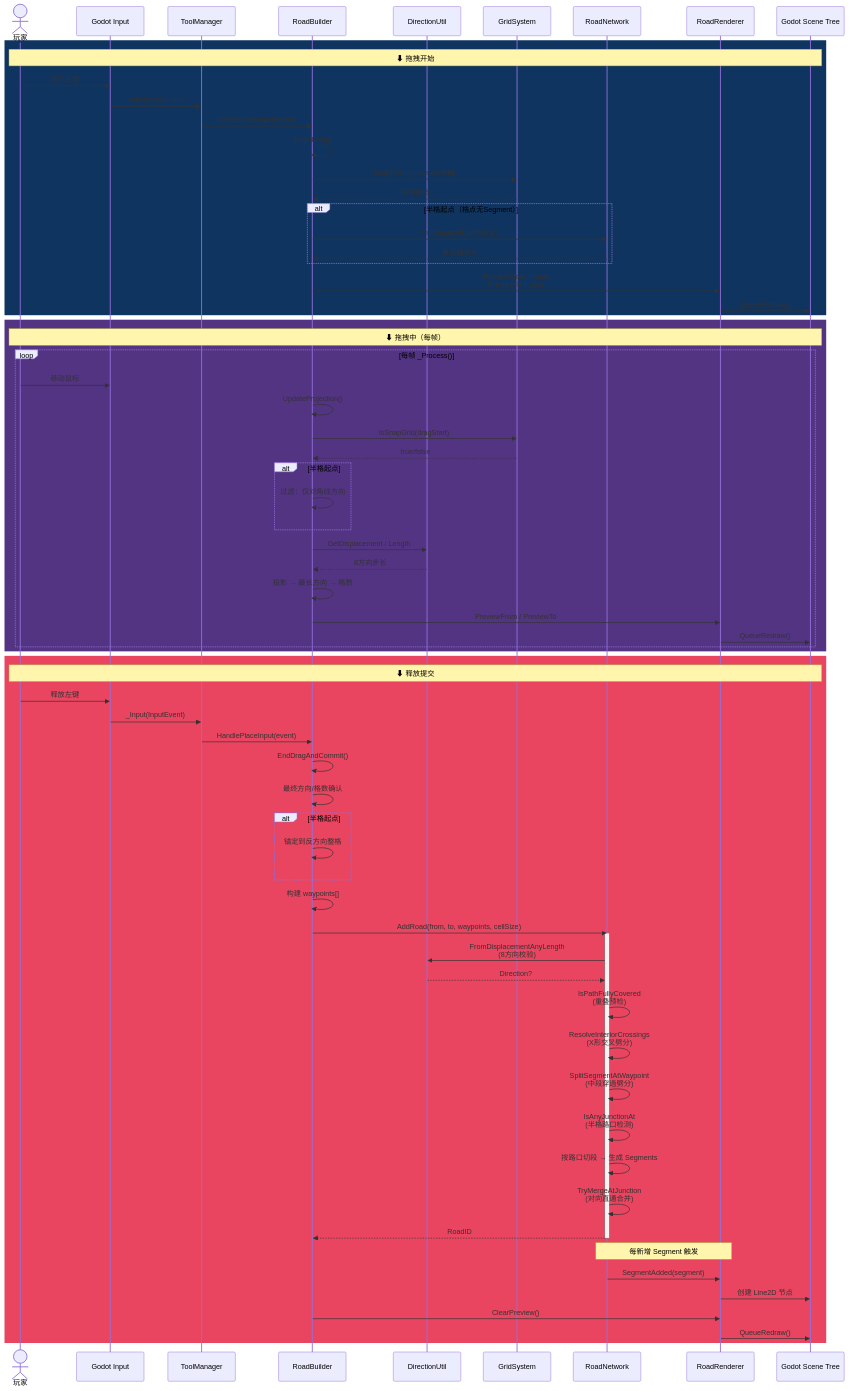
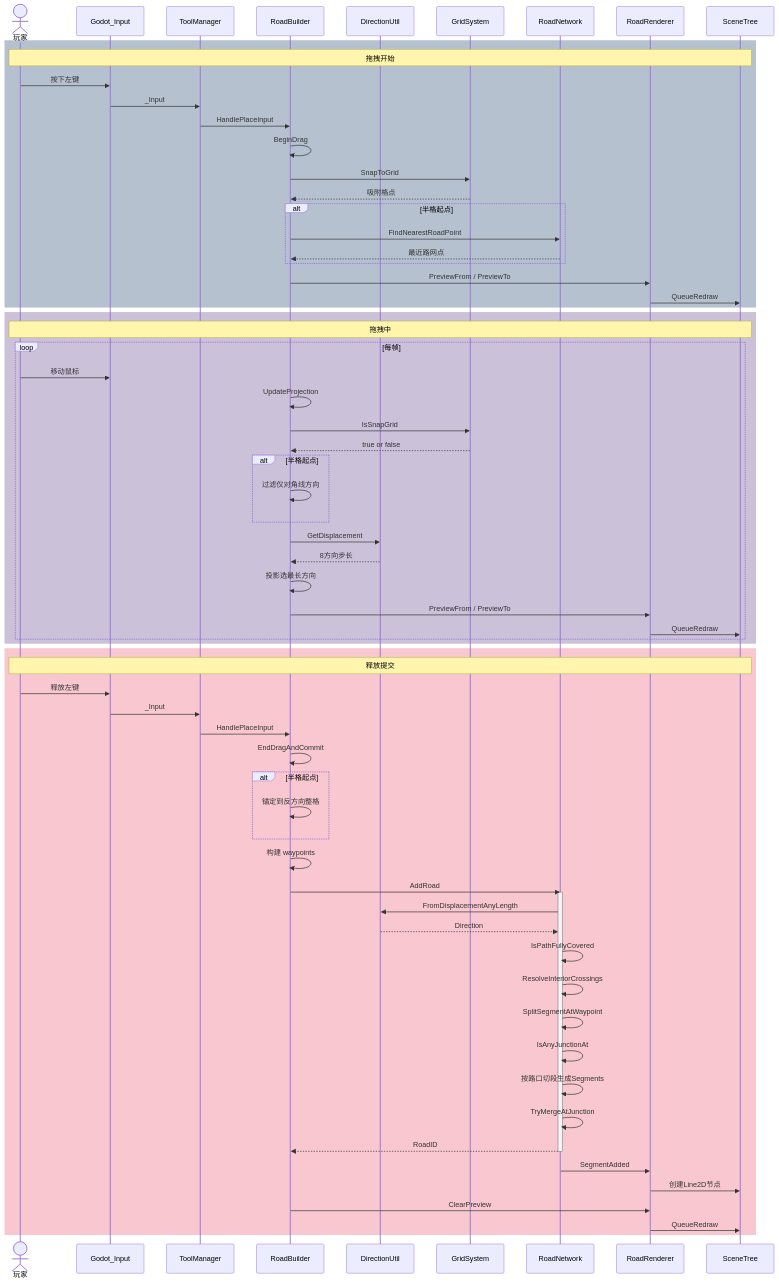
Before and after one commit to xianfishyu/SimpleCities: the second of 9 diagrams in docs/game-logic.md, drawn with Mermaid. The commit also changed other lines of this file, not shown here.

First line of the commit message:
#修复：mermaid语法修复 - 图2/3/5/7

````diff
--- a/docs/game-logic.md
+++ b/docs/game-logic.md
@@ -78,76 +78,74 @@
 ```mermaid
 sequenceDiagram
     actor User as 玩家
-    participant Input as Godot Input
+    participant Input as Godot_Input
     participant TM as ToolManager
     participant RB as RoadBuilder
     participant RU as DirectionUtil
     participant GS as GridSystem
     participant RN as RoadNetwork
     participant RR as RoadRenderer
-    participant Scene as Godot Scene Tree
+    participant Scene as SceneTree
 
-    rect rgb(15, 52, 96)
-        Note over User,Scene: ⬇ 拖拽开始
+    rect rgba(15, 52, 96, 0.3)
+        Note over User,Scene: 拖拽开始
         User->>Input: 按下左键
-        Input->>TM: _Input(InputEvent)
-        TM->>RB: HandlePlaceInput(event)
-        RB->>RB: BeginDrag()
-        RB->>GS: SnapToGrid(mouseWorld)
+        Input->>TM: _Input
+        TM->>RB: HandlePlaceInput
+        RB->>RB: BeginDrag
+        RB->>GS: SnapToGrid
         GS-->>RB: 吸附格点
-        alt 半格起点（格点无Segment）
-            RB->>RN: FindNearestRoadPoint()
+        alt 半格起点
+            RB->>RN: FindNearestRoadPoint
             RN-->>RB: 最近路网点
         end
-        RB->>RR: PreviewFrom = start<br/>PreviewTo = start
-        RR->>Scene: QueueRedraw()
+        RB->>RR: PreviewFrom / PreviewTo
+        RR->>Scene: QueueRedraw
     end
 
-    rect rgb(83, 52, 131)
-        Note over User,Scene: ⬇ 拖拽中（每帧）
-        loop 每帧 _Process()
+    rect rgba(83, 52, 131, 0.3)
+        Note over User,Scene: 拖拽中
+        loop 每帧
             User->>Input: 移动鼠标
-            RB->>RB: UpdateProjection()
-            RB->>GS: IsSnapGrid(dragStart)
-            GS-->>RB: true/false
+            RB->>RB: UpdateProjection
+            RB->>GS: IsSnapGrid
+            GS-->>RB: true or false
             alt 半格起点
-                RB->>RB: 过滤：仅对角线方向
+                RB->>RB: 过滤仅对角线方向
             end
-            RB->>RU: GetDisplacement / Length
+            RB->>RU: GetDisplacement
             RU-->>RB: 8方向步长
-            RB->>RB: 投影 → 最长方向 → 格数
+            RB->>RB: 投影选最长方向
             RB->>RR: PreviewFrom / PreviewTo
-            RR->>Scene: QueueRedraw()
+            RR->>Scene: QueueRedraw
         end
     end
 
-    rect rgb(233, 69, 96)
-        Note over User,Scene: ⬇ 释放提交
+    rect rgba(233, 69, 96, 0.3)
+        Note over User,Scene: 释放提交
         User->>Input: 释放左键
-        Input->>TM: _Input(InputEvent)
-        TM->>RB: HandlePlaceInput(event)
-        RB->>RB: EndDragAndCommit()
-        RB->>RB: 最终方向/格数确认
+        Input->>TM: _Input
+        TM->>RB: HandlePlaceInput
+        RB->>RB: EndDragAndCommit
         alt 半格起点
             RB->>RB: 锚定到反方向整格
         end
-        RB->>RB: 构建 waypoints[]
-        RB->>RN: AddRoad(from, to, waypoints, cellSize)
+        RB->>RB: 构建 waypoints
+        RB->>RN: AddRoad
         activate RN
-        RN->>RU: FromDisplacementAnyLength<br/>(8方向校验)
-        RU-->>RN: Direction?
-        RN->>RN: IsPathFullyCovered<br/>(重叠预检)
-        RN->>RN: ResolveInteriorCrossings<br/>(X形交叉劈分)
-        RN->>RN: SplitSegmentAtWaypoint<br/>(中段穿過劈分)
-        RN->>RN: IsAnyJunctionAt<br/>(半格路口检测)
-        RN->>RN: 按路口切段 → 生成 Segments
-        RN->>RN: TryMergeAtJunction<br/>(对向直通合并)
+        RN->>RU: FromDisplacementAnyLength
+        RU-->>RN: Direction
+        RN->>RN: IsPathFullyCovered
+        RN->>RN: ResolveInteriorCrossings
+        RN->>RN: SplitSegmentAtWaypoint
+        RN->>RN: IsAnyJunctionAt
+        RN->>RN: 按路口切段生成Segments
+        RN->>RN: TryMergeAtJunction
         RN-->>RB: RoadID
         deactivate RN
-        Note over RN,RR: 每新增 Segment 触发
-        RN->>RR: SegmentAdded(segment)
-        RR->>Scene: 创建 Line2D 节点
-        RB->>RR: ClearPreview()
-        RR->>Scene: QueueRedraw()
+        RN->>RR: SegmentAdded
+        RR->>Scene: 创建Line2D节点
+        RB->>RR: ClearPreview
+        RR->>Scene: QueueRedraw
     end
 ```
````
